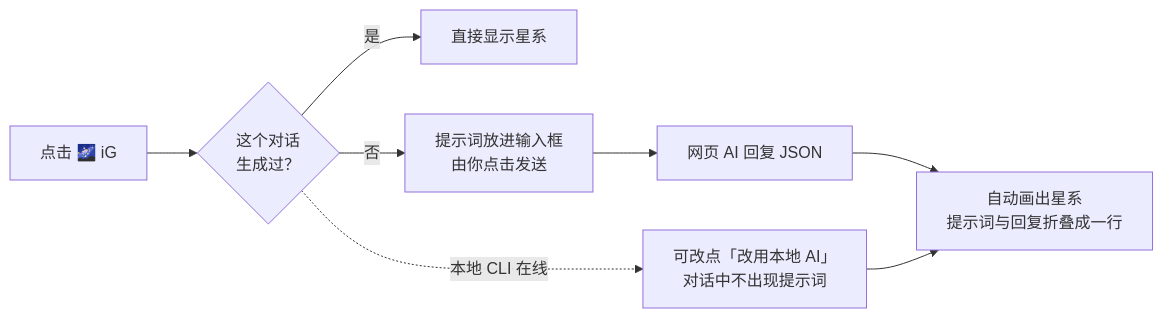
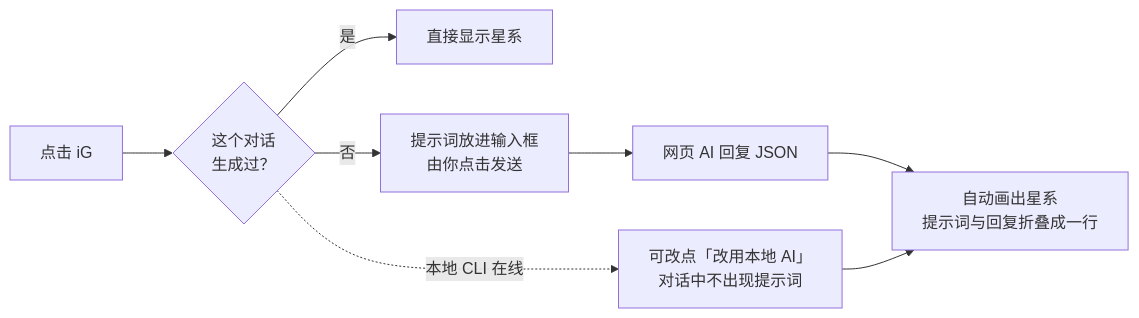
One commit to stephen-taipei/intent-galaxy changed the fourth of 4 diagrams in README.zh-CN.md. Above: the diagram before and after it, drawn with Mermaid. The commit also changed other lines of this file and 86 other files, not shown here.

````diff
--- a/README.zh-CN.md
+++ b/README.zh-CN.md
@@ -235,10 +235,10 @@
 ```mermaid
 flowchart LR
-    A["点击 🌌 iG"] --> B{"这个对话<br/>生成过？"}
+    A["点击 iG"] --> B{"这个对话<br/>生成过？"}
     B -- 是 --> C["直接显示星系"]
     B -- 否 --> D["提示词放进输入框<br/>由你点击发送"]
     D --> E["网页 AI 回复 JSON"]
     E --> F["自动画出星系<br/>提示词与回复折叠成一行"]
     B -. 本地 CLI 在线 .-> G["可改点「改用本地 AI」<br/>对话中不出现提示词"]
     G --> F
 ```
````
